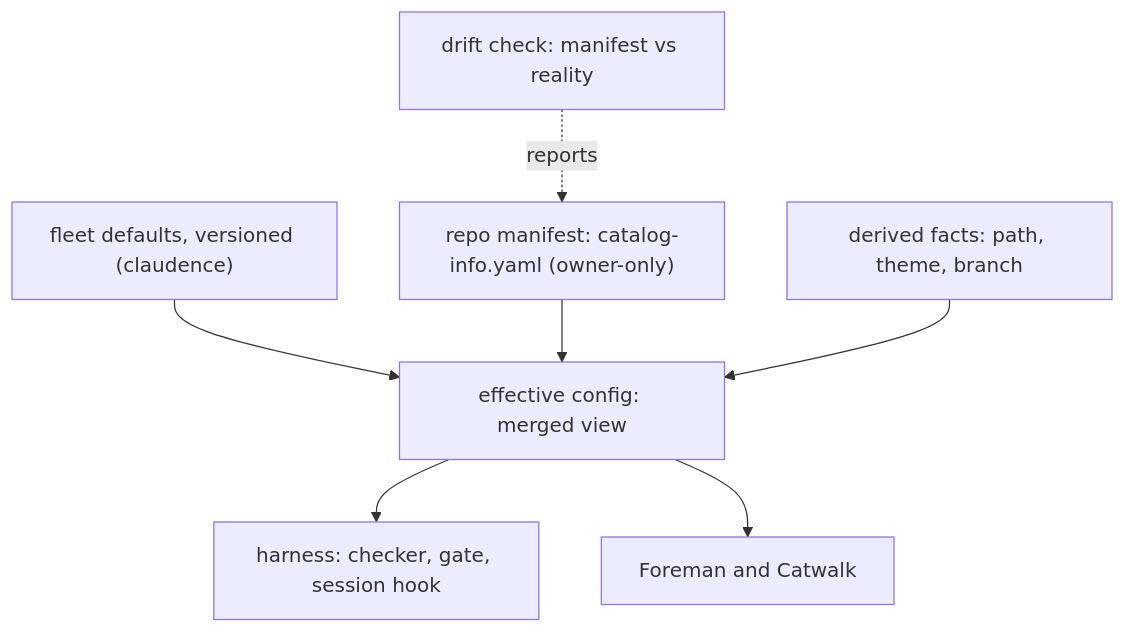
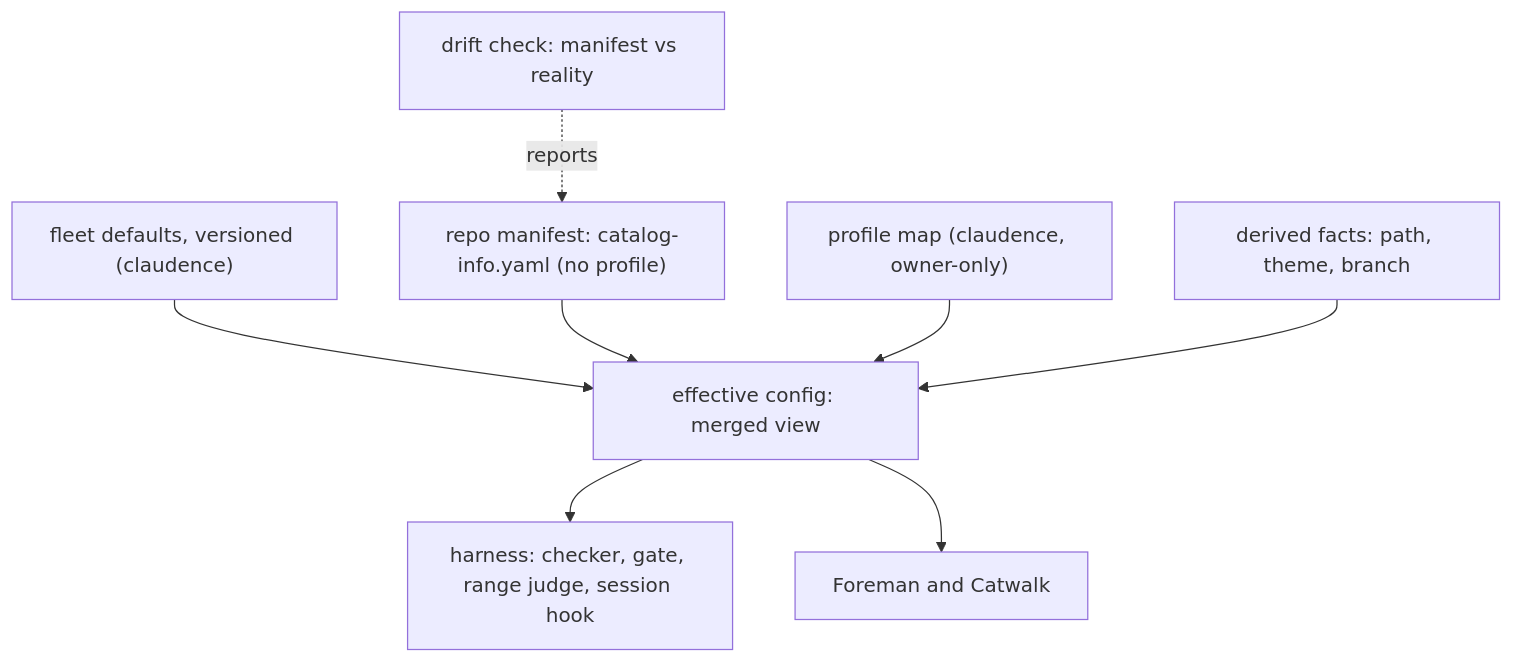
The first of 2 diagrams in docs/work/project-manifest/README.md (sibulus13/claudence), drawn with Mermaid before and after one commit. The commit also changed other lines of this file and 2 other files, not shown here.

First line of the commit message:
docs(work): design fix round 2 (ADR 0002, D55, D56) for agentic-loop and project-manifest; INDEX integrations

````diff
--- a/docs/work/project-manifest/README.md
+++ b/docs/work/project-manifest/README.md
@@ -15,9 +15,10 @@
 ```mermaid
 flowchart TD
   F["fleet defaults, versioned (claudence)"] --> E["effective config: merged view"]
-  R["repo manifest: catalog-info.yaml (owner-only)"] --> E
-  E --> H["harness: checker, gate, session hook"]
+  R["repo manifest: catalog-info.yaml (no profile)"] --> E
+  M["profile map (claudence, owner-only)"] --> E
+  E --> H["harness: checker, gate, range judge, session hook"]
   E --> FW["Foreman and Catwalk"]
   D["derived facts: path, theme, branch"] --> E
   X["drift check: manifest vs reality"] -. "reports" .-> R
 ```
````
